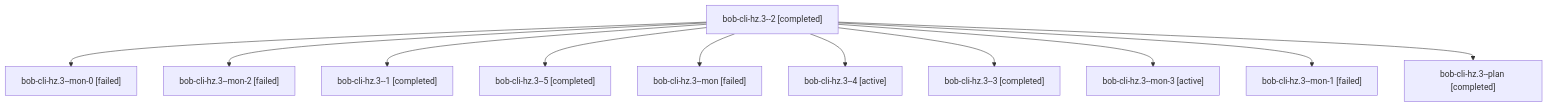
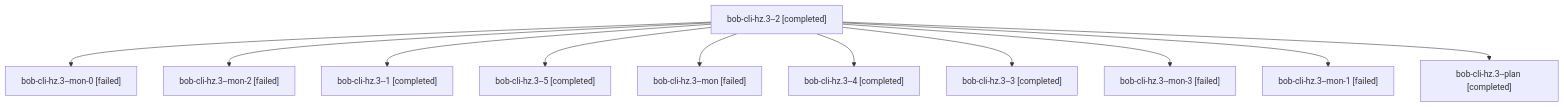
Before and after one commit to bobs-org/bob-cli--agents: the diagram in sessions/bbugyi200.athena.bob-cli-hz.3.md, drawn with Mermaid. The commit also changed other lines of this file and 63 other files, not shown here.

````diff
--- a/sessions/bbugyi200.athena.bob-cli-hz.3.md
+++ b/sessions/bbugyi200.athena.bob-cli-hz.3.md
@@ -9,24 +9,24 @@
 ```mermaid
 flowchart TD
   n0["bob-cli-hz.3--2 [completed]"]
   n1["bob-cli-hz.3--mon-0 [failed]"]
   n0 --> n1
   n2["bob-cli-hz.3--mon-2 [failed]"]
   n0 --> n2
   n3["bob-cli-hz.3--1 [completed]"]
   n0 --> n3
   n4["bob-cli-hz.3--5 [completed]"]
   n0 --> n4
   n5["bob-cli-hz.3--mon [failed]"]
   n0 --> n5
-  n6["bob-cli-hz.3--4 [active]"]
+  n6["bob-cli-hz.3--4 [completed]"]
   n0 --> n6
   n7["bob-cli-hz.3--3 [completed]"]
   n0 --> n7
-  n8["bob-cli-hz.3--mon-3 [active]"]
+  n8["bob-cli-hz.3--mon-3 [failed]"]
   n0 --> n8
   n9["bob-cli-hz.3--mon-1 [failed]"]
   n0 --> n9
   n10["bob-cli-hz.3--plan [completed]"]
   n0 --> n10
 ```
````
